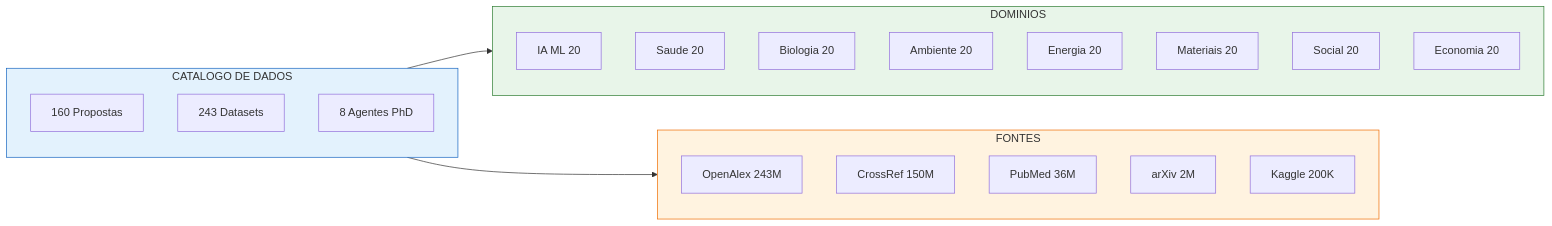
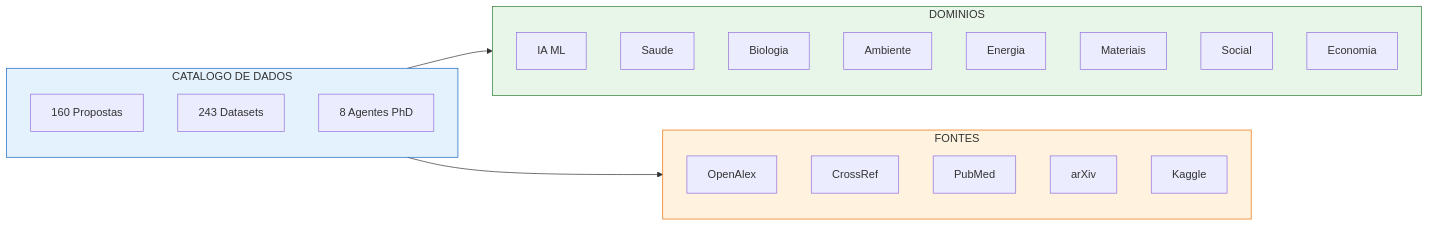
Diagram 20 of 22 in README.md (MarceloClaro/opencode-ecosystem-core), drawn with Mermaid before and after one commit. The commit also changed other lines of this file, not shown here.

First line of the commit message:
fix(docs): fix all Mermaid diagrams rendering errors

````diff
--- a/README.md
+++ b/README.md
@@ -1108,34 +1108,34 @@
 ```mermaid
 flowchart LR
     subgraph CATALOG[CATALOGO DE DADOS]
         PROP[160 Propostas]
         DS[243 Datasets]
         AG[8 Agentes PhD]
     end
 
     subgraph DOM[DOMINIOS]
-        AI[IA ML 20]
-        HEALTH[Saude 20]
-        BIO[Biologia 20]
-        ENV[Ambiente 20]
-        ENERGY[Energia 20]
-        MAT[Materiais 20]
-        SOC[Social 20]
-        ECON[Economia 20]
+        AI[IA ML]
+        HEALTH[Saude]
+        BIO[Biologia]
+        ENV[Ambiente]
+        ENERGY[Energia]
+        MAT[Materiais]
+        SOC[Social]
+        ECON[Economia]
     end
 
     subgraph SRC2[FONTES]
-        OA2[OpenAlex 243M]
-        CR2[CrossRef 150M]
-        PM2[PubMed 36M]
-        AR2[arXiv 2M]
-        KG2[Kaggle 200K]
+        OA2[OpenAlex]
+        CR2[CrossRef]
+        PM2[PubMed]
+        AR2[arXiv]
+        KG2[Kaggle]
     end
 
     CATALOG --> DOM
     CATALOG --> SRC2
 
     style CATALOG fill:#e3f2fd,stroke:#1565c0
     style DOM fill:#e8f5e9,stroke:#2e7d32
     style SRC2 fill:#fff3e0,stroke:#ef6c00
 ```
````
